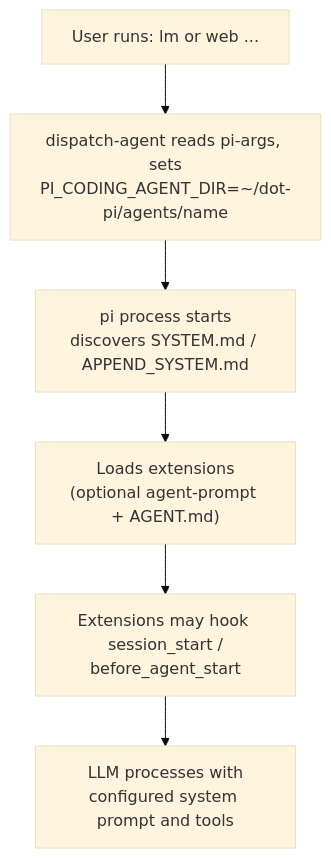
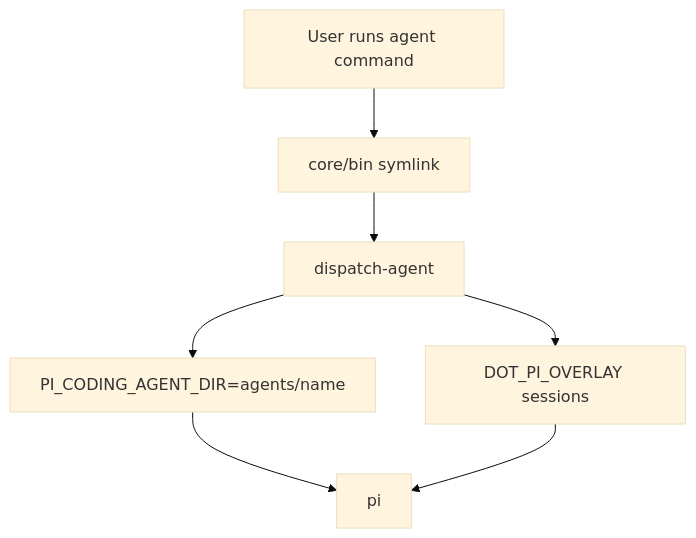
Before and after one commit to PlebeiusGaragicus/dot-pi: the first of 2 diagrams in docs/architecture.md, drawn with Mermaid (base theme). The commit also changed other lines of this file and 59 other files, not shown here.

````diff
--- a/docs/architecture.md
+++ b/docs/architecture.md
@@ -101,11 +66,13 @@
 ```mermaid
 graph TD
-  SUser["User runs: lm or web ..."]
-  SAlias["dispatch-agent reads pi-args, sets<br/>PI_CODING_AGENT_DIR=~/dot-pi/agents/name"]
-  SPiMain["pi process starts<br/>discovers SYSTEM.md / APPEND_SYSTEM.md"]
-  SExtLoad["Loads extensions<br/>(optional agent-prompt + AGENT.md)"]
-  SHook["Extensions may hook session_start /<br/>before_agent_start"]
-  SLLM["LLM processes with<br/>configured system prompt and tools"]
+  User["User runs agent command"]
+  Symlink["core/bin symlink"]
+  Dispatch["dispatch-agent"]
+  Config["PI_CODING_AGENT_DIR=agents/name"]
+  Overlay["DOT_PI_OVERLAY sessions"]
+  Pi["pi"]
 
-  SUser --> SAlias --> SPiMain --> SExtLoad --> SHook --> SLLM
+  User --> Symlink --> Dispatch
+  Dispatch --> Config --> Pi
+  Dispatch --> Overlay --> Pi
 ```
````
